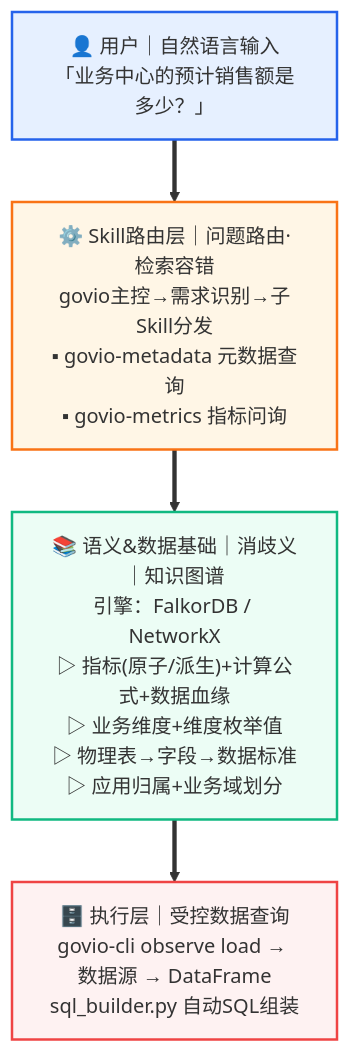
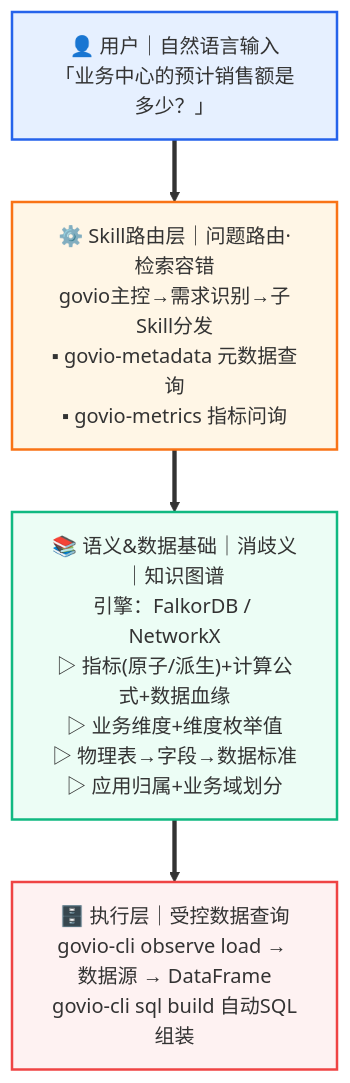
The diagram in docs/self-service-data-analytics-with-govio.md (chenxinma/govio), drawn with Mermaid before and after one commit. The commit also changed other lines of this file and 1 other file, not shown here.

First line of the commit message:
docs: update eval criteria and architecture doc to use govio-cli sql build

````diff
--- a/docs/self-service-data-analytics-with-govio.md
+++ b/docs/self-service-data-analytics-with-govio.md
@@ -46,25 +46,25 @@
 ```mermaid
 flowchart TD
     %% 配色定义（商务信息图配色）
     classDef userLayer fill:#E6F0FF,stroke:#2563EB,stroke-width:2px
     classDef skillLayer fill:#FFF6E6,stroke:#F97316,stroke-width:2px
     classDef semanticLayer fill:#ECFDF5,stroke:#10B981,stroke-width:2px
     classDef execLayer fill:#FEF2F2,stroke:#EF4444,stroke-width:2px
 
     %% 第一层：用户输入
     A["👤 用户｜自然语言输入<br/>「业务中心的预计销售额是多少？」"]:::userLayer
 
     %% 第二层：Skill路由
     B["⚙️ Skill路由层｜问题路由·检索容错<br/>govio主控→需求识别→子Skill分发<br/>▪ govio-metadata 元数据查询<br/>▪ govio-metrics 指标问询"]:::skillLayer
 
     %% 第三层：语义知识底座
     C["📚 语义&数据基础｜消歧义｜知识图谱<br/>引擎：FalkorDB / NetworkX<br/>▷ 指标(原子/派生)+计算公式+数据血缘<br/>▷ 业务维度+维度枚举值<br/>▷ 物理表→字段→数据标准<br/>▷ 应用归属+业务域划分"]:::semanticLayer
 
     %% 第四层：数据执行
-    D["🗄️ 执行层｜受控数据查询<br/>govio-cli observe load → 数据源 → DataFrame<br/>sql_builder.py 自动SQL组装"]:::execLayer
+    D["🗄️ 执行层｜受控数据查询<br/>govio-cli observe load → 数据源 → DataFrame<br/>govio-cli sql build 自动SQL组装"]:::execLayer
 
     %% 流向箭头
     A ==> B
     B ==> C
     C ==> D
 ```
````
